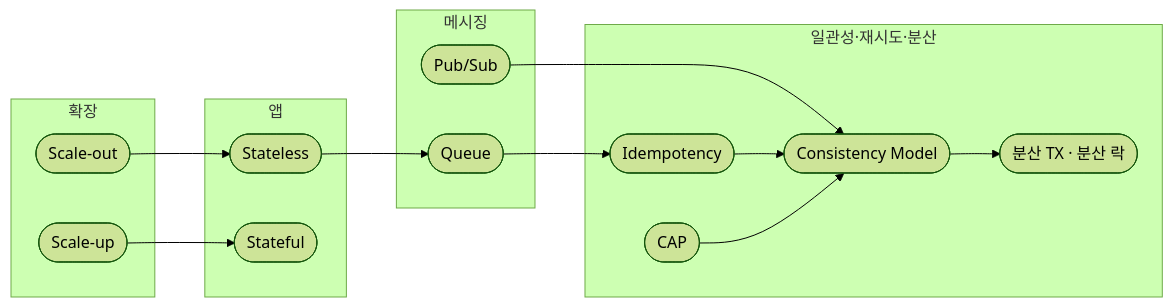
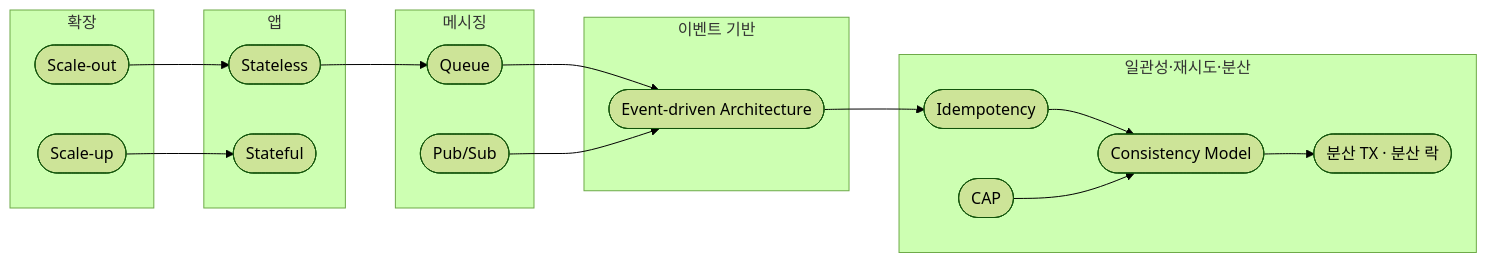
The third of 6 diagrams in public/handbook/core-cs/real-system-diagrams.md (gwonmin/QuizNox_front), drawn with Mermaid (forest theme) before and after one commit. The commit also changed other lines of this file and 55 other files, not shown here.

````diff
--- a/public/handbook/core-cs/real-system-diagrams.md
+++ b/public/handbook/core-cs/real-system-diagrams.md
@@ -66,29 +66,33 @@
 ```mermaid
 flowchart LR
   subgraph scale [확장]
     SU([Scale-up])
     SO([Scale-out])
   end
   subgraph app [앱]
     S([Stateless])
     ST([Stateful])
   end
   subgraph msg [메시징]
     Q([Queue])
     P([Pub/Sub])
   end
+  subgraph event [이벤트 기반]
+    EDA([Event-driven Architecture])
+  end
   subgraph safe [일관성·재시도·분산]
     ID([Idempotency])
     CON([Consistency Model])
     CAP([CAP])
     DT([분산 TX · 분산 락])
   end
   SU --> ST
   SO --> S
   S --> Q
-  Q --> ID
-  P --> CON
+  Q --> EDA
+  P --> EDA
+  EDA --> ID
   ID --> CON
   CAP --> CON
   CON --> DT
 ```
````
